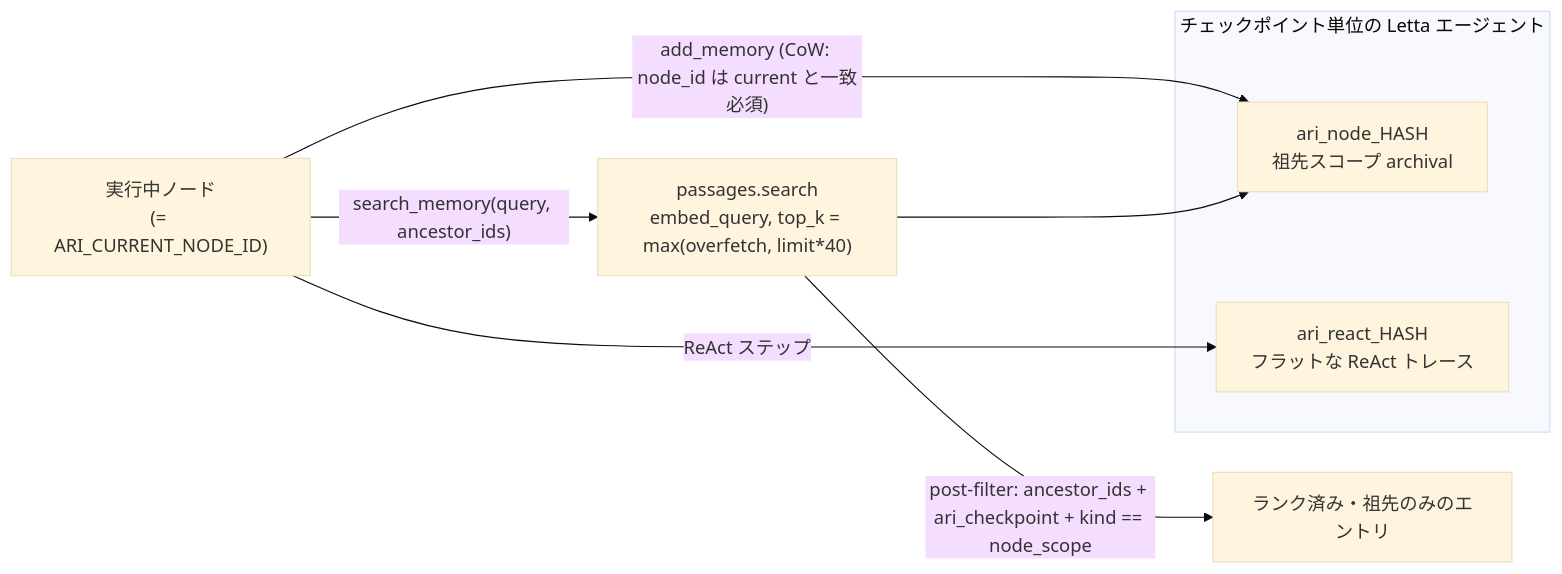
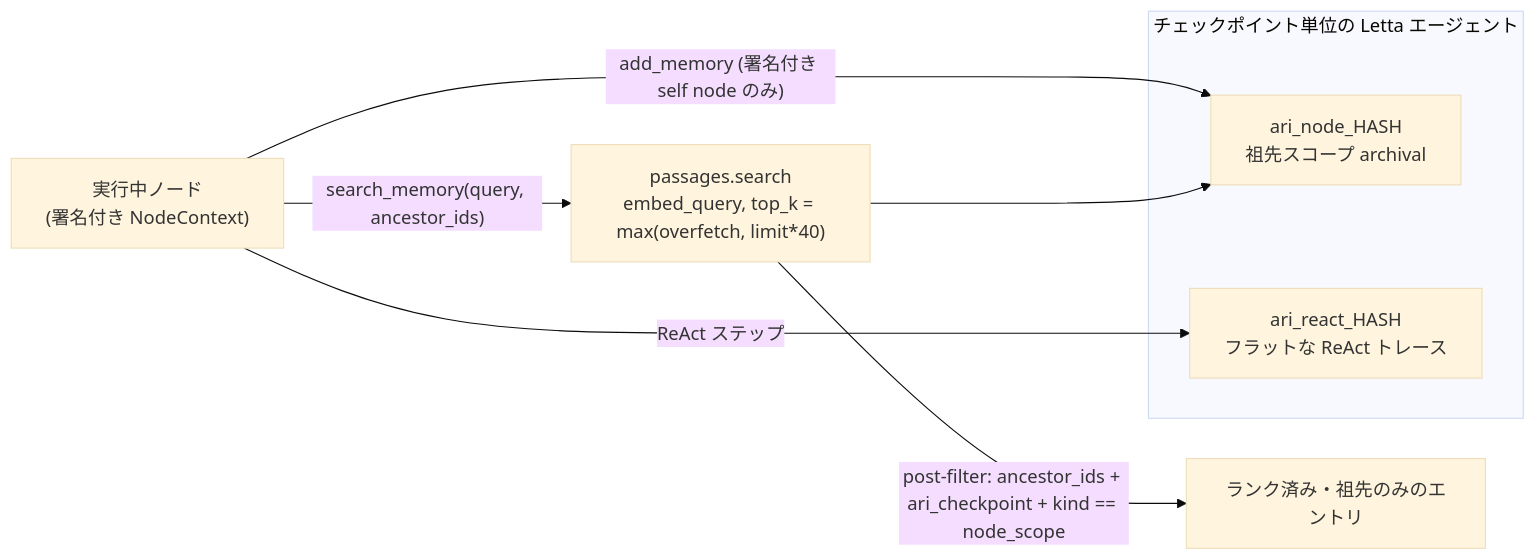
One commit to kotama7/ARI changed the diagram in docs/ja/concepts/memory.md. Above: the diagram before and after it, drawn with Mermaid (base theme). The commit also changed other lines of this file and 96 other files, not shown here.

````diff
--- a/docs/ja/concepts/memory.md
+++ b/docs/ja/concepts/memory.md
@@ -34,13 +34,13 @@
 ```mermaid
 flowchart LR
-    node["実行中ノード<br/>(= ARI_CURRENT_NODE_ID)"]
+    node["実行中ノード<br/>(署名付き NodeContext)"]
     subgraph letta["チェックポイント単位の Letta エージェント"]
         nodecol["ari_node_HASH<br/>祖先スコープ archival"]
         reactcol["ari_react_HASH<br/>フラットな ReAct トレース"]
     end
-    node -->|"add_memory (CoW: node_id は current と一致必須)"| nodecol
+    node -->|"add_memory (署名付き self node のみ)"| nodecol
     node -->|"ReAct ステップ"| reactcol
     node -->|"search_memory(query, ancestor_ids)"| search["passages.search<br/>embed_query, top_k = max(overfetch, limit*40)"]
     search --> nodecol
     search -->|"post-filter: ancestor_ids + ari_checkpoint + kind == node_scope"| result["ランク済み・祖先のみのエントリ"]
 ```
````
